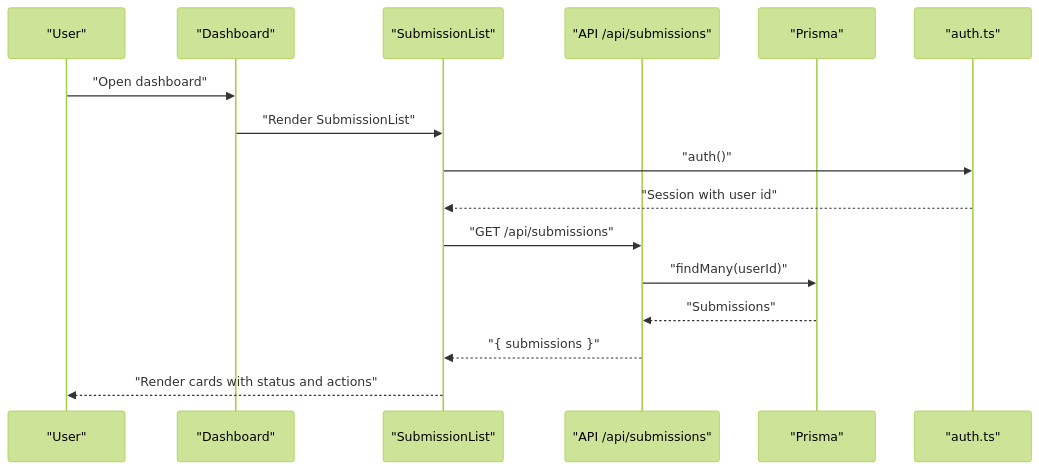
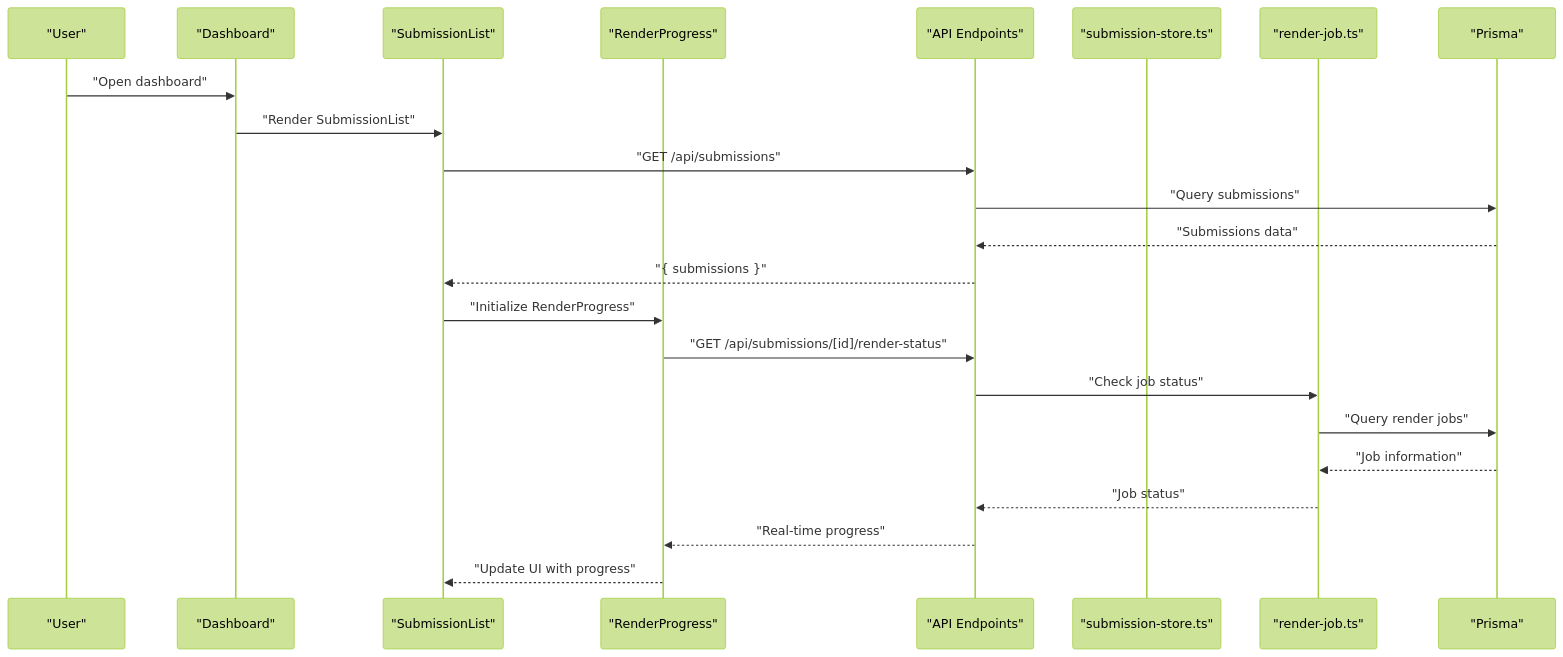
Before and after one commit to Crowdspender/titchybooks-app: the second of 6 diagrams in .qoder/repowiki/en/content/User Dashboard/Submission Tracking and Management.md, drawn with Mermaid (forest theme). The commit also changed other lines of this file and 23 other files, not shown here.

````diff
--- a/.qoder/repowiki/en/content/User Dashboard/Submission Tracking and Management.md
+++ b/.qoder/repowiki/en/content/User Dashboard/Submission Tracking and Management.md
@@ -130,18 +131,25 @@
 ```mermaid
 sequenceDiagram
 participant U as "User"
 participant D as "Dashboard"
 participant L as "SubmissionList"
-participant API as "API /api/submissions"
-participant PRISMA as "Prisma"
-participant AUTH as "auth.ts"
+participant R as "RenderProgress"
+participant API as "API Endpoints"
+participant STORE as "submission-store.ts"
+participant QUEUE as "render-job.ts"
+participant DB as "Prisma"
 U->>D : "Open dashboard"
 D->>L : "Render SubmissionList"
-L->>AUTH : "auth()"
-AUTH-->>L : "Session with user id"
 L->>API : "GET /api/submissions"
-API->>PRISMA : "findMany(userId)"
-PRISMA-->>API : "Submissions"
+API->>DB : "Query submissions"
+DB-->>API : "Submissions data"
 API-->>L : "{ submissions }"
-L-->>U : "Render cards with status and actions"
+L->>R : "Initialize RenderProgress"
+R->>API : "GET /api/submissions/[id]/render-status"
+API->>QUEUE : "Check job status"
+QUEUE->>DB : "Query render jobs"
+DB-->>QUEUE : "Job information"
+QUEUE-->>API : "Job status"
+API-->>R : "Real-time progress"
+R-->>L : "Update UI with progress"
 ```
````
